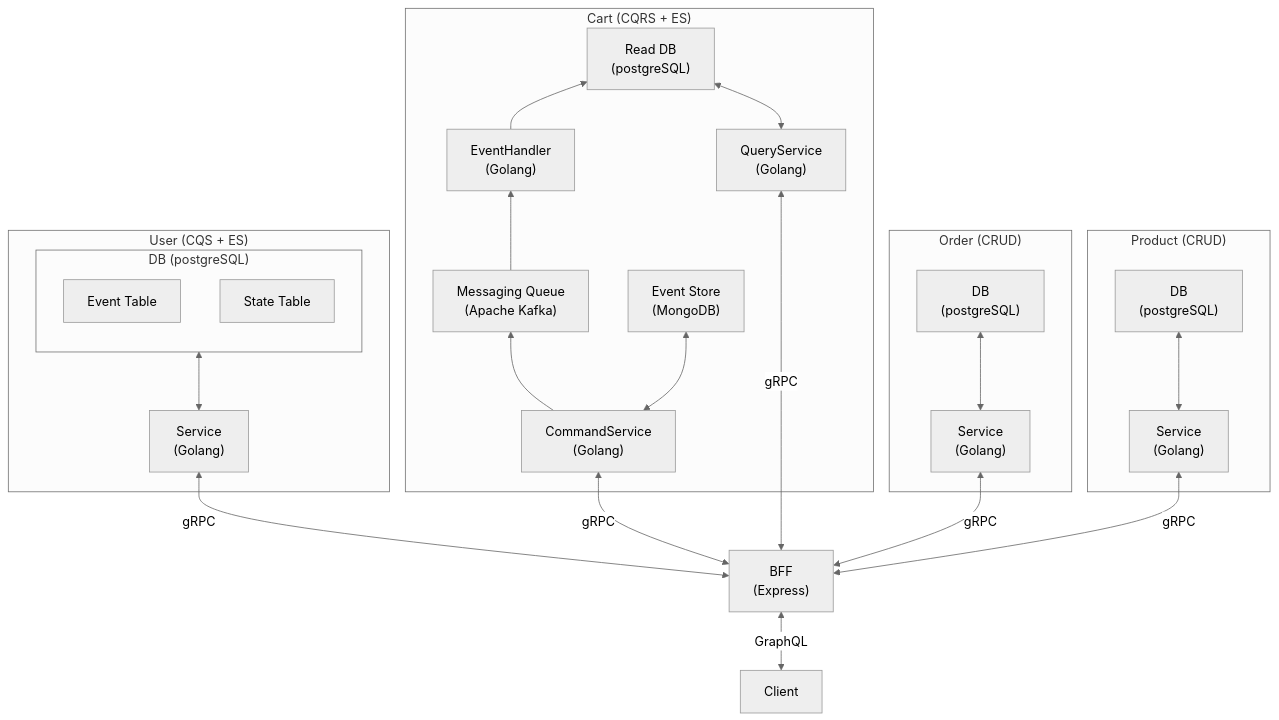
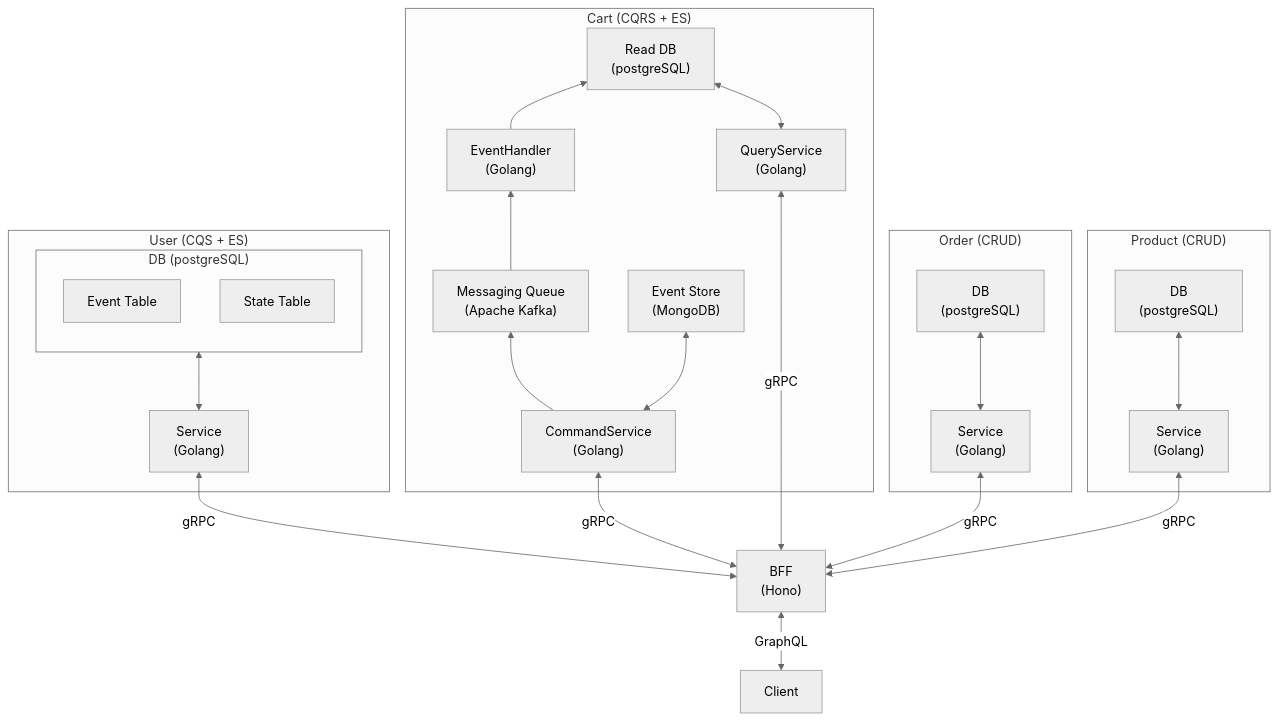
Before and after one commit to ichi-h/e-commerce-microservices-demo-v1: the first of 3 diagrams in README.md, drawn with Mermaid (neutral theme). The commit also changed other lines of this file and 9 other files, not shown here.

````diff
--- a/README.md
+++ b/README.md
@@ -33,46 +33,46 @@
 ```mermaid
 flowchart BT
   Client["Client"]
-  BFF["BFF\n(Express)"]
+  BFF["BFF\n(Hono)"]
 
   subgraph Product["Product (CRUD)"]
     ProductService["Service\n(Golang)"]
     ProductDB["DB\n(postgreSQL)"]
   end
 
   subgraph Order["Order (CRUD)"]
     OrderService["Service\n(Golang)"]
     OrderDB["DB\n(postgreSQL)"]
   end
 
   subgraph Cart["Cart (CQRS + ES)"]
     CartCommandService["CommandService\n(Golang)"]
     CartQueryService["QueryService\n(Golang)"]
     CartEventHandler["EventHandler\n(Golang)"]
     MessagingQueue["Messaging Queue\n(Apache Kafka)"]
     CartEventStore["Event Store\n(MongoDB)"]
     CartReadDB["Read DB\n(postgreSQL)"]
   end
 
   subgraph User["User (CQS + ES)"]
     UserService["Service\n(Golang)"]
     UserDB["DB\n(postgreSQL)"]
     subgraph UserDB["DB (postgreSQL)"]
       UserEventTable["Event Table"]
       UserStateTable["State Table"]
     end
   end
 
   Client <--"GraphQL"--> BFF
   BFF <--"gRPC"--> ProductService
   BFF <--"gRPC"--> CartCommandService
   BFF <--"gRPC"--> CartQueryService
   BFF <--"gRPC"--> UserService
   BFF <--"gRPC"--> OrderService
   ProductService <--> ProductDB
   CartCommandService <--> CartEventStore
   CartCommandService --> MessagingQueue --> CartEventHandler --> CartReadDB
   CartQueryService <--> CartReadDB
   UserService <--> UserDB
   OrderService <--> OrderDB
 ```
````
